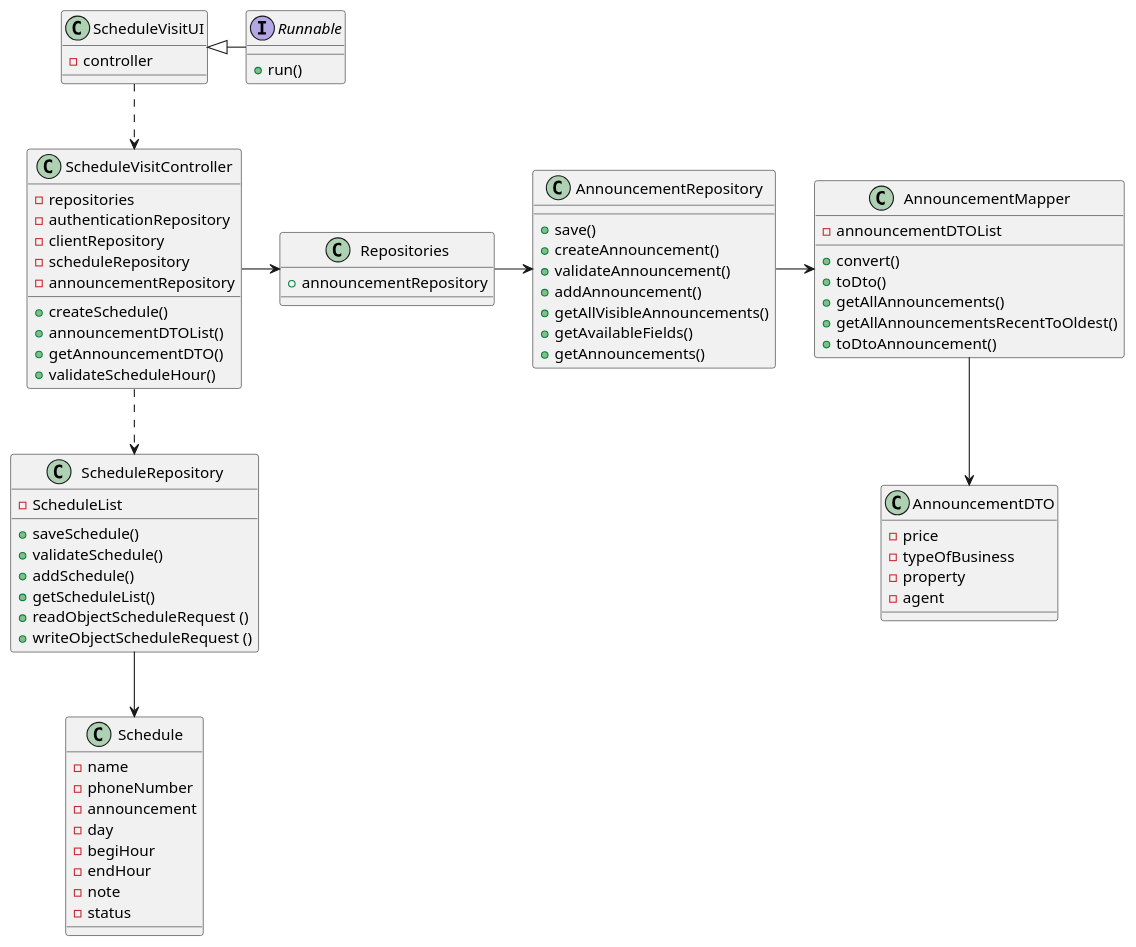
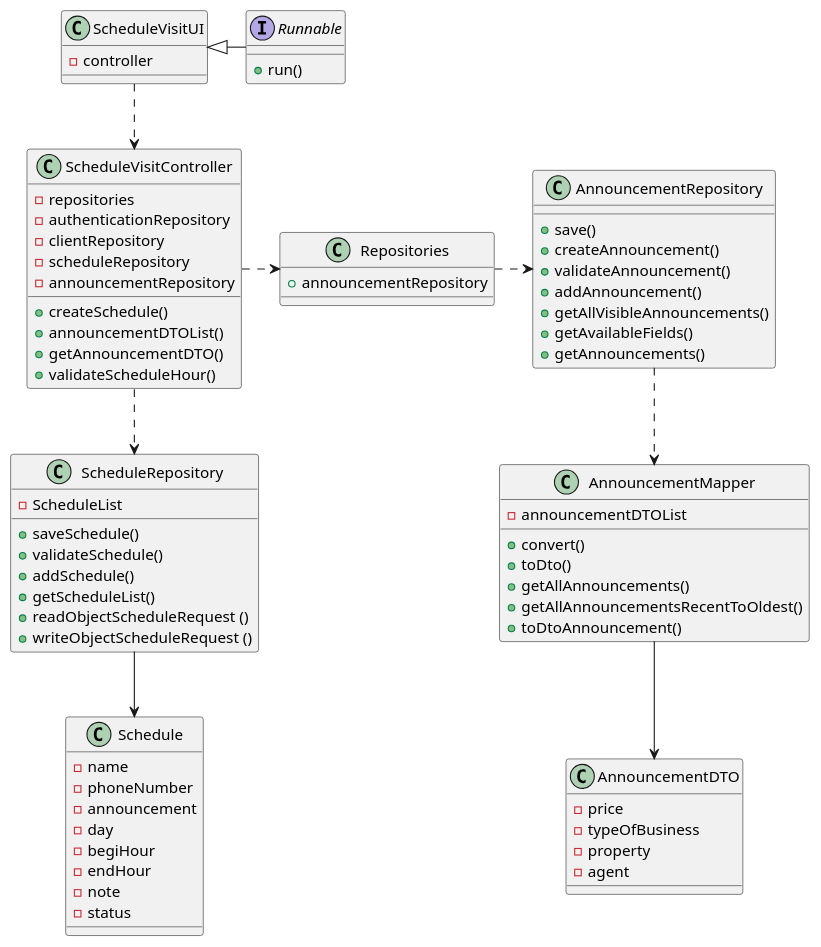
The diagram in docs/sprintD/US009/03.design/puml/CD.puml (tiagohcorreia/LAPR2), drawn with PlantUML before and after one commit. The commit also changed 1 other file, not shown here.

```diff
--- a/docs/sprintD/US009/03.design/puml/CD.puml
+++ b/docs/sprintD/US009/03.design/puml/CD.puml
@@ -1,91 +1,91 @@
 @startuml
 
 interface Runnable {
 
     + run()
 }
 
 class ScheduleVisitUI {
     - controller
 }
 
 class ScheduleVisitController {
 
     - repositories
     - authenticationRepository
     - clientRepository
     - scheduleRepository
     - announcementRepository
     + createSchedule()
     + announcementDTOList()
     + getAnnouncementDTO()
     + validateScheduleHour()
 
 }
 
 class Schedule {
 
     - name
     - phoneNumber
     - announcement
     - day
     - begiHour
     - endHour
     - note
     - status
 }
 class Repositories {
 
     + announcementRepository
 }
 
 class ScheduleRepository {
 
     - ScheduleList
     + saveSchedule()
     + validateSchedule()
     + addSchedule()
     + getScheduleList()
     + readObjectScheduleRequest ()
     + writeObjectScheduleRequest ()
 }
 
 class AnnouncementRepository {
 
     + save()
     + createAnnouncement()
     + validateAnnouncement()
     + addAnnouncement()
     + getAllVisibleAnnouncements()
     + getAvailableFields()
     + getAnnouncements()
 }
 
 class AnnouncementDTO {
 
     - price
     - typeOfBusiness
     - property
     - agent
 }
 class AnnouncementMapper {
 
     - announcementDTOList
     + convert()
     + toDto()
     + getAllAnnouncements()
     + getAllAnnouncementsRecentToOldest()
     + toDtoAnnouncement()
 }
 
 
 Runnable -left-|> ScheduleVisitUI
 ScheduleVisitUI ..> ScheduleVisitController
-ScheduleVisitController -> Repositories
-Repositories -> AnnouncementRepository
-AnnouncementRepository -> AnnouncementMapper
+ScheduleVisitController .right.> Repositories
+Repositories .right.> AnnouncementRepository
+AnnouncementRepository ..> AnnouncementMapper
 AnnouncementMapper --> AnnouncementDTO
 ScheduleVisitController ..> ScheduleRepository
 ScheduleRepository --> Schedule
 
 @enduml
```
